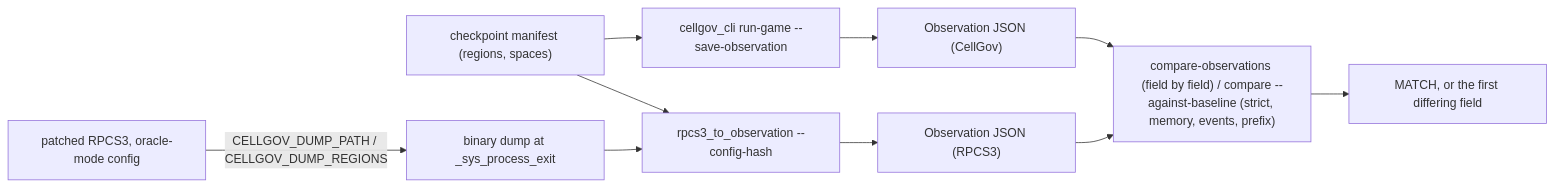
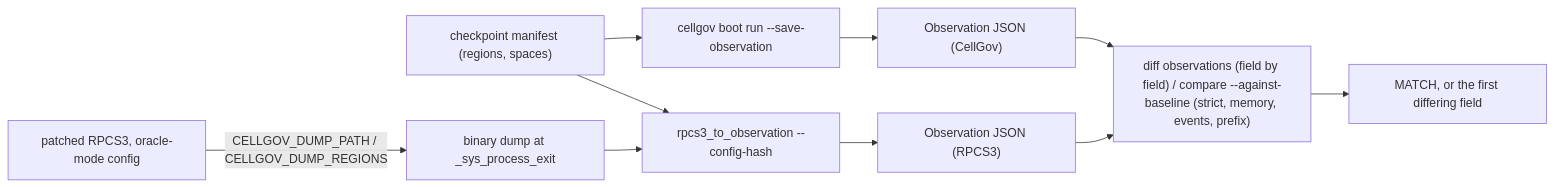
The first of 2 diagrams in docs/architecture/comparison.md (RoyalAce22/CellGov), drawn with Mermaid before and after one commit. The commit also changed other lines of this file and 159 other files, not shown here.

Commit message:
feat(cli): one cellgov binary with a clap noun-verb command tree

````diff
--- a/docs/architecture/comparison.md
+++ b/docs/architecture/comparison.md
@@ -41,12 +41,12 @@
 ```mermaid
 flowchart LR
   man["checkpoint manifest (regions, spaces)"] --> cg
   man --> br
-  cg["cellgov_cli run-game --save-observation"] --> oc["Observation JSON (CellGov)"]
+  cg["cellgov boot run --save-observation"] --> oc["Observation JSON (CellGov)"]
   r3["patched RPCS3, oracle-mode config"] -->|"CELLGOV_DUMP_PATH / CELLGOV_DUMP_REGIONS"| dump["binary dump at _sys_process_exit"]
   dump --> br["rpcs3_to_observation --config-hash"]
   br --> orr["Observation JSON (RPCS3)"]
-  oc --> cmp["compare-observations (field by field) / compare --against-baseline (strict, memory, events, prefix)"]
+  oc --> cmp["diff observations (field by field) / compare --against-baseline (strict, memory, events, prefix)"]
   orr --> cmp
   cmp --> out["MATCH, or the first differing field"]
 ```
````
